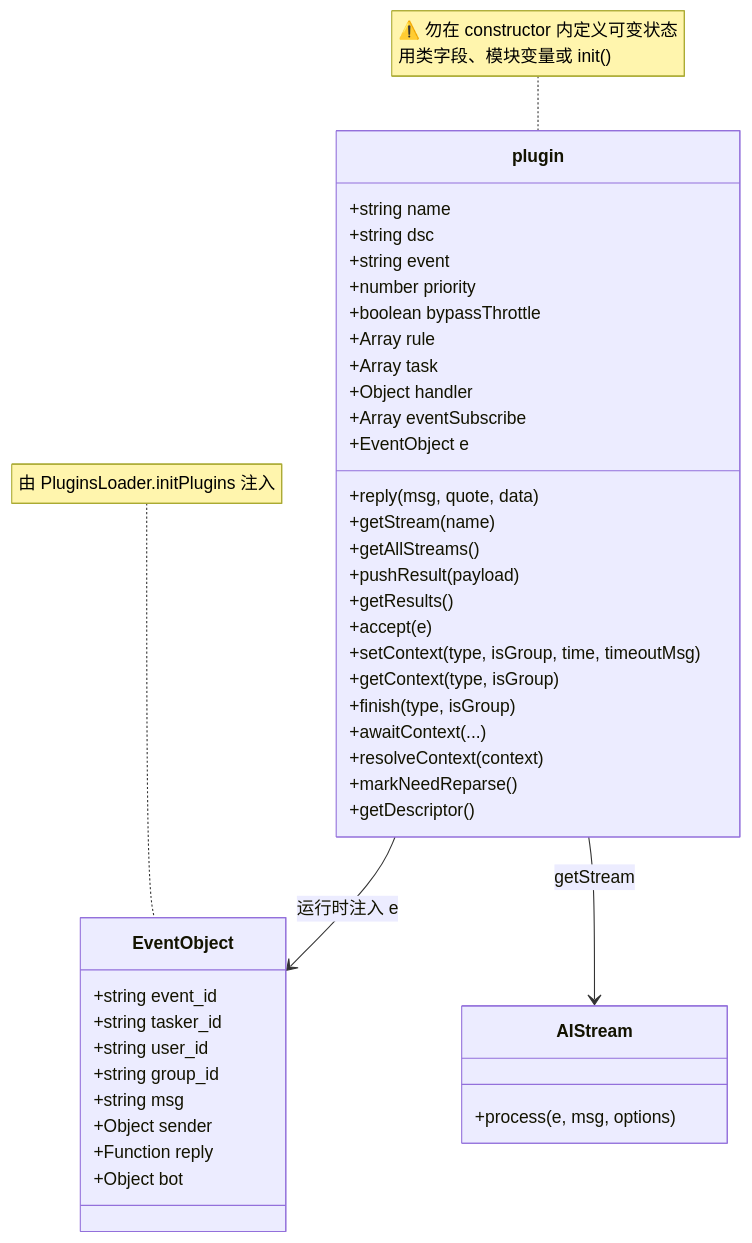
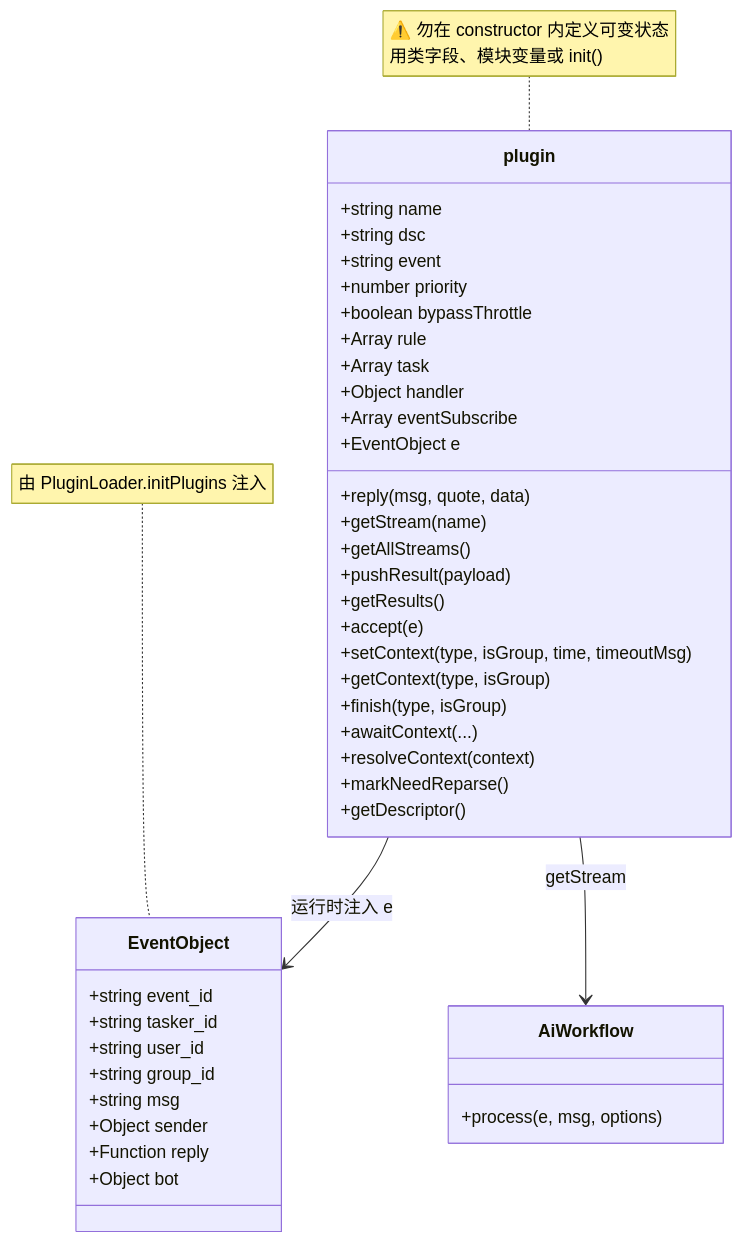
Before and after one commit to sunflowermm/XRK-AGT: the first of 2 diagrams in docs/plugin-base.md, drawn with Mermaid. The commit also changed other lines of this file and 315 other files, not shown here.

````diff
--- a/docs/plugin-base.md
+++ b/docs/plugin-base.md
@@ -52,49 +52,49 @@
 ```mermaid
 classDiagram
     class plugin {
         +string name
         +string dsc
         +string event
         +number priority
         +boolean bypassThrottle
         +Array rule
         +Array task
         +Object handler
         +Array eventSubscribe
         +EventObject e
         +reply(msg, quote, data)
         +getStream(name)
         +getAllStreams()
         +pushResult(payload)
         +getResults()
         +accept(e)
         +setContext(type, isGroup, time, timeoutMsg)
         +getContext(type, isGroup)
         +finish(type, isGroup)
         +awaitContext(...)
         +resolveContext(context)
         +markNeedReparse()
         +getDescriptor()
     }
 
     class EventObject {
         +string event_id
         +string tasker_id
         +string user_id
         +string group_id
         +string msg
         +Object sender
         +Function reply
         +Object bot
     }
 
-    class AIStream {
+    class AiWorkflow {
         +process(e, msg, options)
     }
 
     plugin --> EventObject : 运行时注入 e
-    plugin --> AIStream : getStream
+    plugin --> AiWorkflow : getStream
 
     note for plugin "⚠️ 勿在 constructor 内定义可变状态<br/>用类字段、模块变量或 init()"
-    note for EventObject "由 PluginsLoader.initPlugins 注入"
+    note for EventObject "由 PluginLoader.initPlugins 注入"
 ```
````
